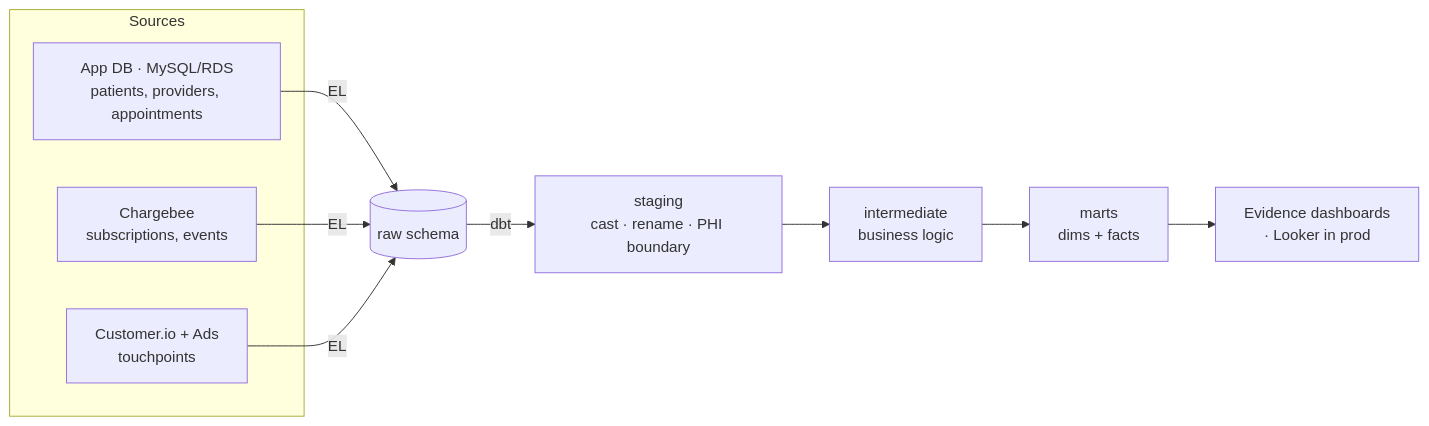
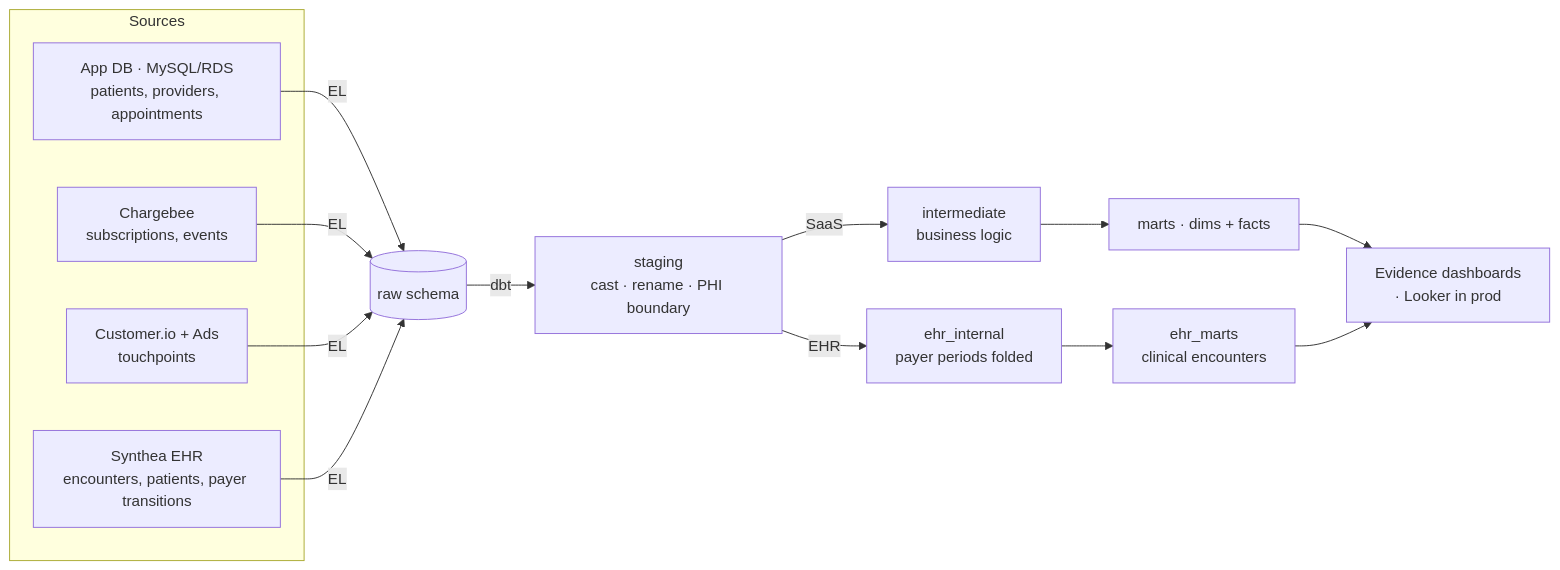
Before and after one commit to wzxy2612-tech/telehealth-analytics: the diagram in README.md, drawn with Mermaid. The commit also changed other lines of this file, not shown here.

Commit message:
README: add EHR architecture, clinical page, schema isolation docs, repo tree update

````diff
--- a/README.md
+++ b/README.md
@@ -15,13 +15,18 @@
 ```mermaid
 flowchart LR
     subgraph Sources
       A[App DB · MySQL/RDS<br/>patients, providers, appointments]
       B[Chargebee<br/>subscriptions, events]
       C[Customer.io + Ads<br/>touchpoints]
+      D[Synthea EHR<br/>encounters, patients, payer transitions]
     end
     A & B & C -->|EL| R[(raw schema)]
+    D -->|EL| R
     R -->|dbt| S[staging<br/>cast · rename · PHI boundary]
-    S --> I[intermediate<br/>business logic]
-    I --> M[marts<br/>dims + facts]
+    S -->|SaaS| I[intermediate<br/>business logic]
+    I --> M[marts · dims + facts]
     M --> BI[Evidence dashboards<br/>· Looker in prod]
+    S -->|EHR| EI[ehr_internal<br/>payer periods folded]
+    EI --> EM[ehr_marts<br/>clinical encounters]
+    EM --> BI
 ```
````
